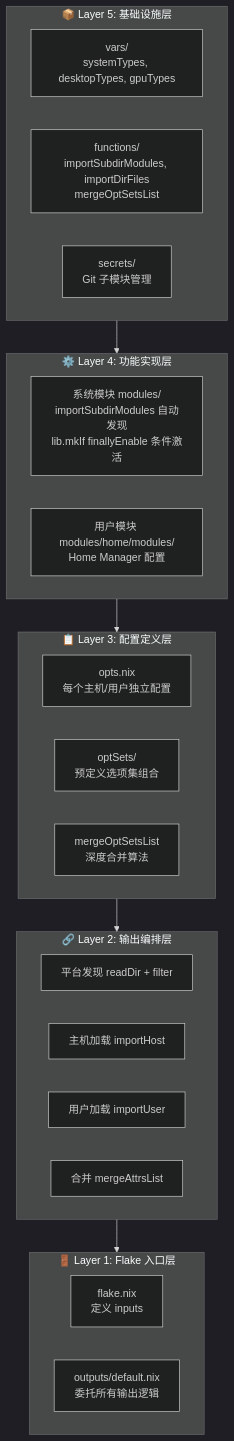
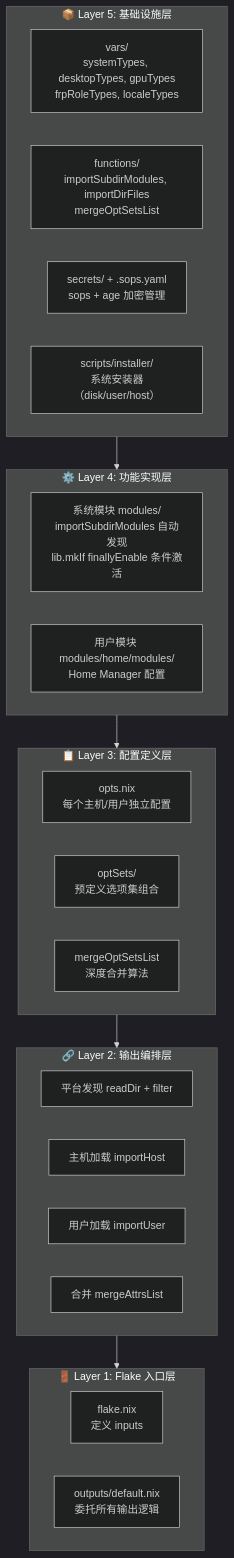
One commit to coldwitness/nix-config changed the first of 2 diagrams in docs/architecture.md. Above: the diagram before and after it, drawn with Mermaid (dark theme). The commit also changed other lines of this file, not shown here.

````diff
--- a/docs/architecture.md
+++ b/docs/architecture.md
@@ -27,41 +27,42 @@
 ```mermaid
 graph TB
     subgraph L5["📦 Layer 5: 基础设施层"]
         direction LR
-        VARS["vars/<br/>systemTypes, desktopTypes, gpuTypes"]
+        VARS["vars/<br/>systemTypes, desktopTypes, gpuTypes<br/>frpRoleTypes, localeTypes"]
         FUNC["functions/<br/>importSubdirModules, importDirFiles<br/>mergeOptSetsList"]
-        SECRETS["secrets/<br/>Git 子模块管理"]
+        SECRETS["secrets/ + .sops.yaml<br/>sops + age 加密管理"]
+        INSTALLER["scripts/installer/<br/>系统安装器（disk/user/host）"]
     end
 
     subgraph L4["⚙️ Layer 4: 功能实现层"]
         direction LR
         SYSMOD["系统模块 modules/<br/>importSubdirModules 自动发现<br/>lib.mkIf finallyEnable 条件激活"]
         USERMOD["用户模块 modules/home/modules/<br/>Home Manager 配置"]
     end
 
     subgraph L3["📋 Layer 3: 配置定义层"]
         direction LR
         OPTS["opts.nix<br/>每个主机/用户独立配置"]
         OPTSETS["optSets/<br/>预定义选项集组合"]
         MERGE["mergeOptSetsList<br/>深度合并算法"]
     end
 
     subgraph L2["🔗 Layer 2: 输出编排层"]
         direction LR
         PF["平台发现 readDir + filter"]
         HL["主机加载 importHost"]
         UL["用户加载 importUser"]
         MG["合并 mergeAttrsList"]
     end
 
     subgraph L1["🚪 Layer 1: Flake 入口层"]
         direction LR
         FLAKE["flake.nix<br/>定义 inputs"]
         OUT["outputs/default.nix<br/>委托所有输出逻辑"]
     end
 
     L5 --> L4
     L4 --> L3
     L3 --> L2
     L2 --> L1
 ```
````
